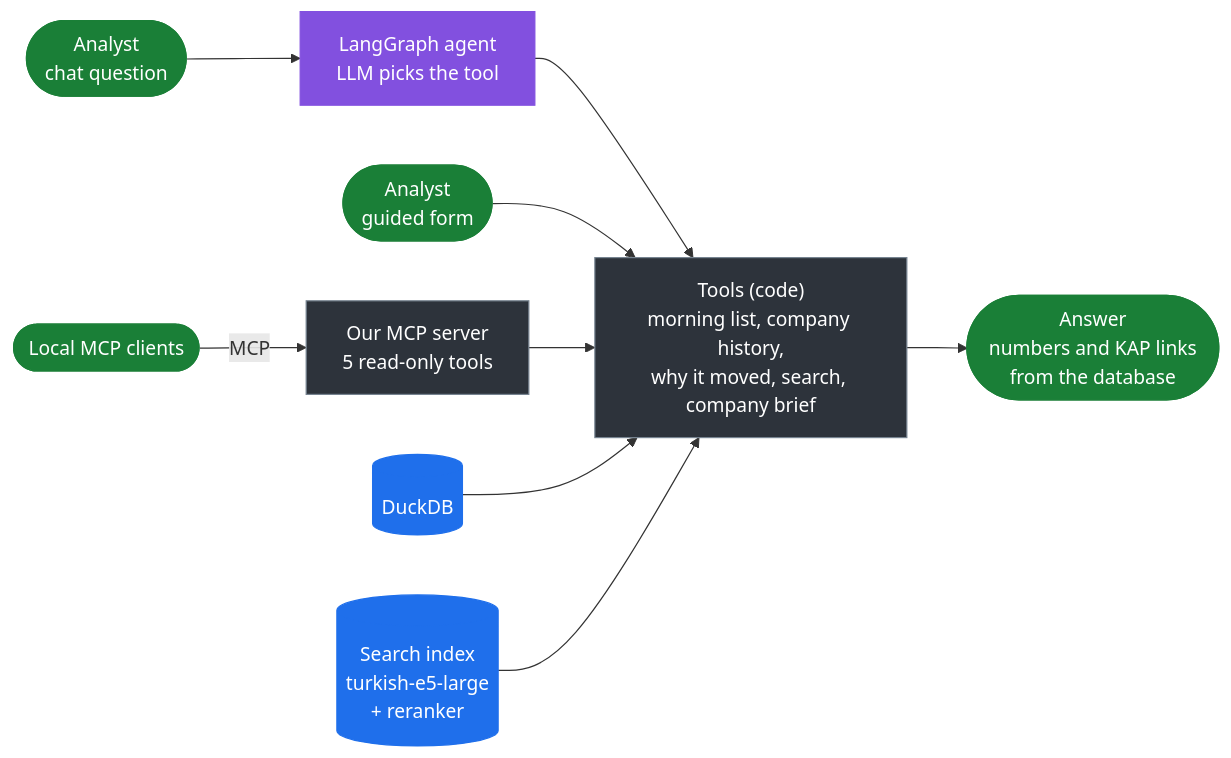
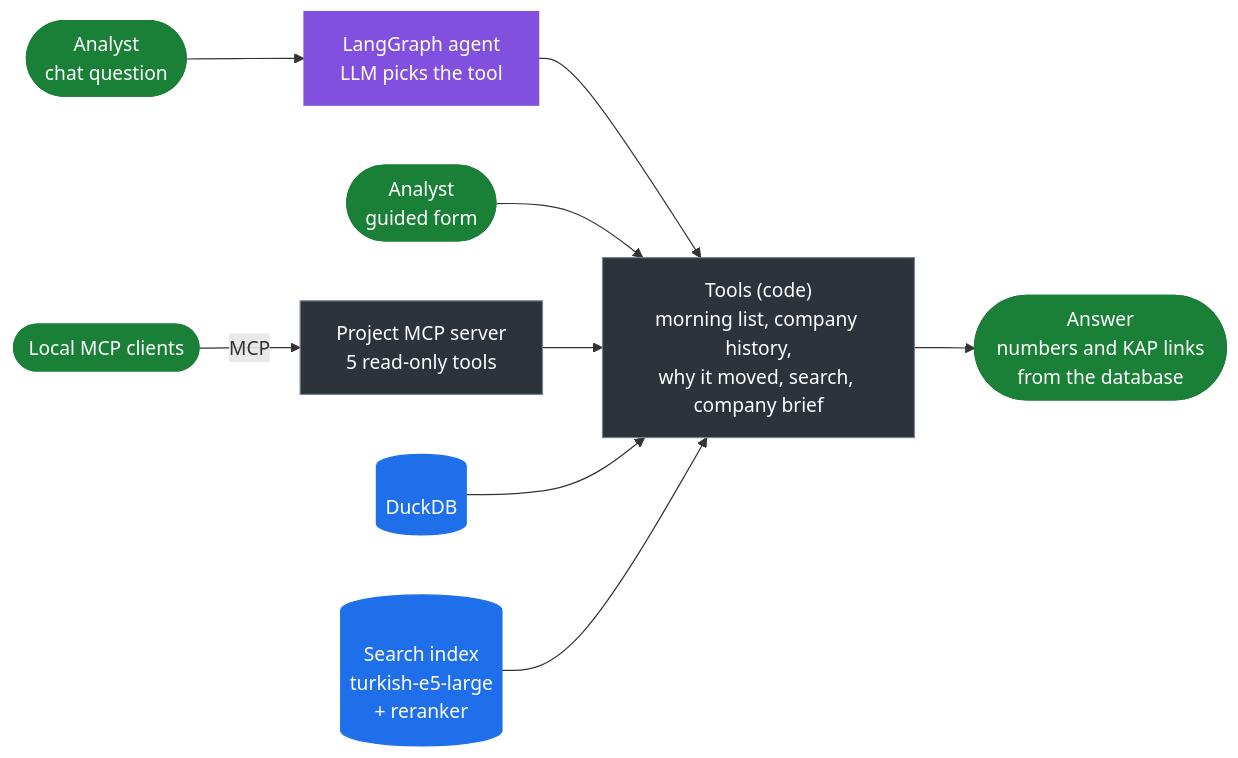
The second of 2 diagrams in README.md (sfeyzayildiz/kap-triage), drawn with Mermaid before and after one commit. The commit also changed other lines of this file and 1 other file, not shown here.

````diff
--- a/README.md
+++ b/README.md
@@ -66,15 +70,15 @@
 ```mermaid
 flowchart LR
     classDef llm fill:#8250df,stroke:#8250df,color:#ffffff
     classDef code fill:#2d333b,stroke:#768390,color:#ffffff
     classDef store fill:#1f6feb,stroke:#1f6feb,color:#ffffff
     classDef out fill:#1a7f37,stroke:#1a7f37,color:#ffffff
 
     Q(["Analyst<br/>chat question"]):::out --> R["LangGraph agent<br/>LLM picks the tool"]:::llm --> T
     F(["Analyst<br/>guided form"]):::out --> T
-    MC(["Local MCP clients"]):::out -- MCP --> SRV["Our MCP server<br/>5 read-only tools"]:::code --> T
+    MC(["Local MCP clients"]):::out -- MCP --> SRV["Project MCP server<br/>5 read-only tools"]:::code --> T
     T["Tools (code)<br/>morning list, company history,<br/>why it moved, search, company brief"]:::code
     DB[("DuckDB")]:::store --> T
     IDX[("Search index<br/>turkish-e5-large<br/>+ reranker")]:::store --> T
     T --> A(["Answer<br/>numbers and KAP links<br/>from the database"]):::out
 ```
````
